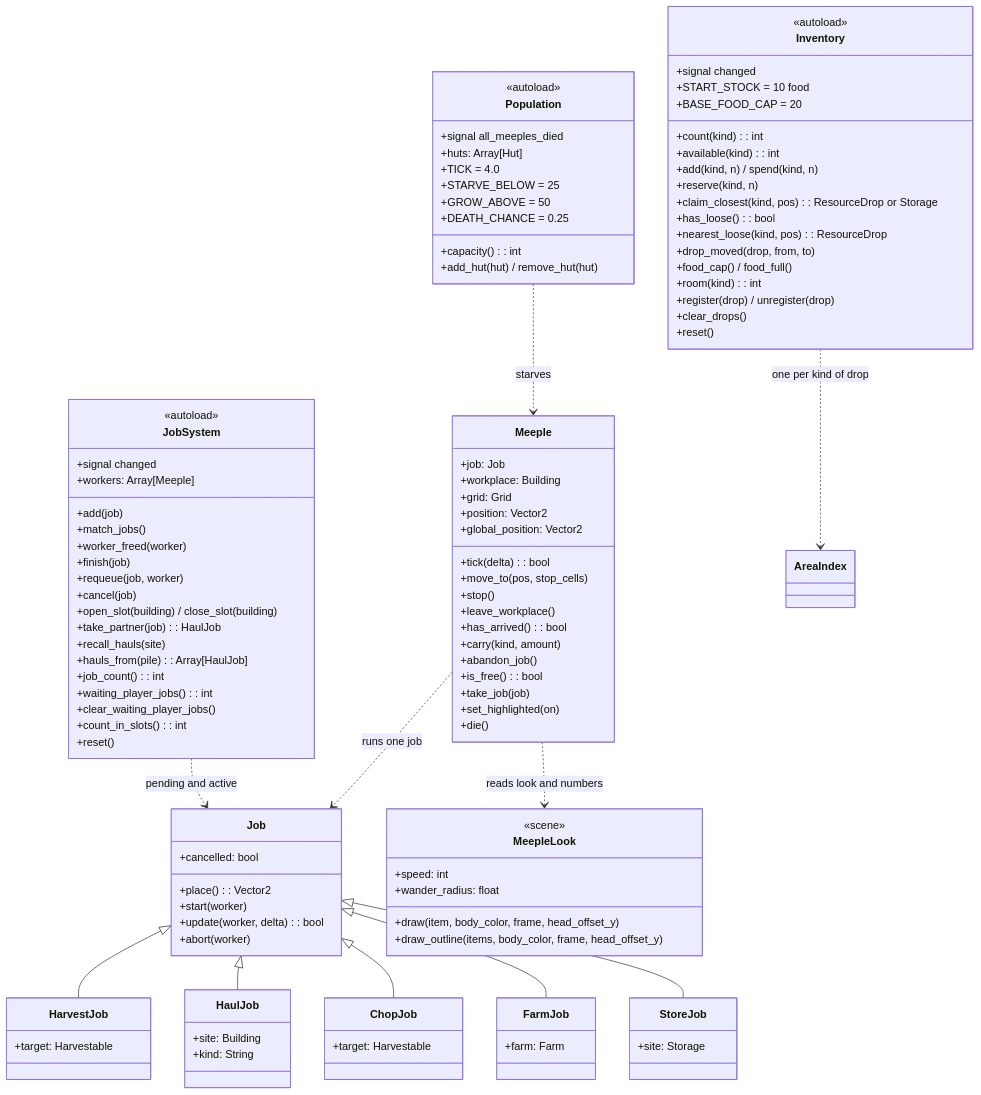
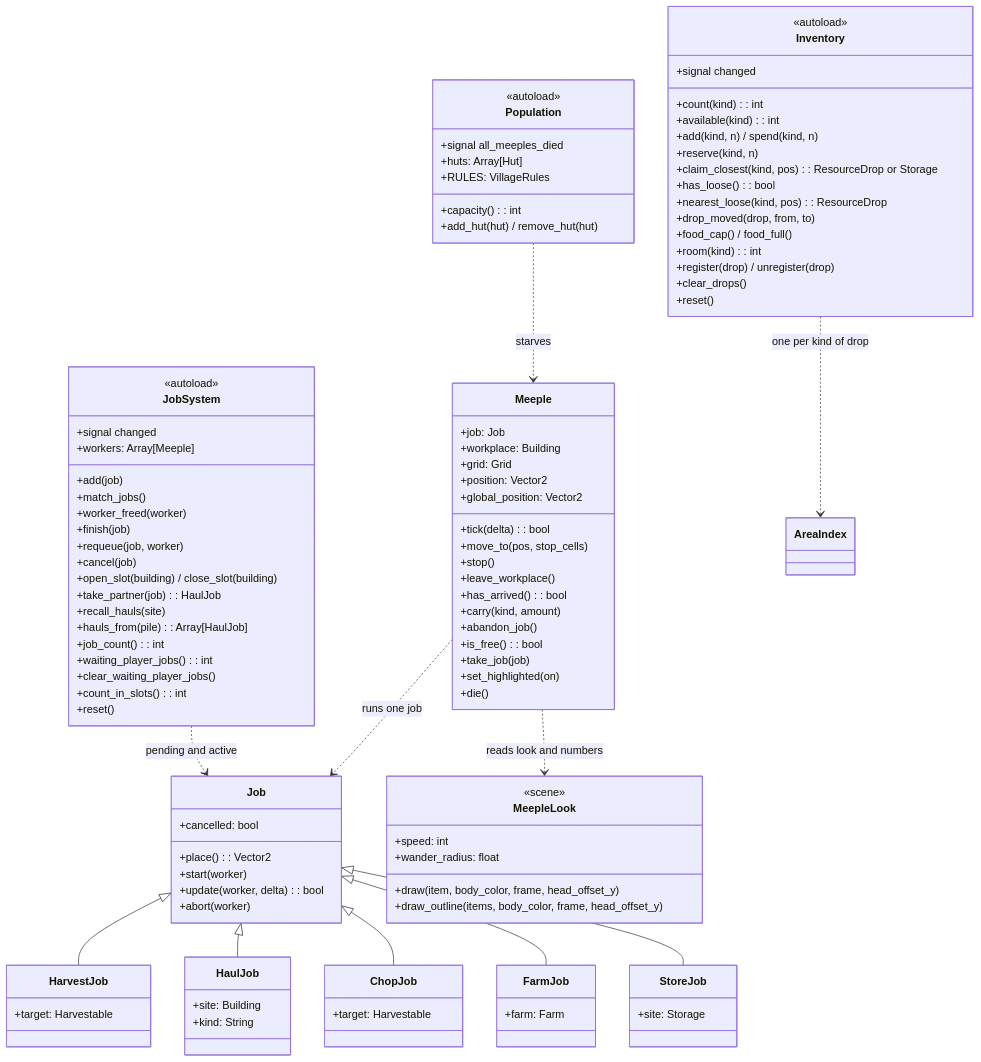
The tenth of 11 diagrams in docs/architecture.md (Liam-M-Mays/game-jam-2026), drawn with Mermaid before and after one commit. The commit also changed other lines of this file and 9 other files, not shown here.

```diff
--- a/docs/architecture.md
+++ b/docs/architecture.md
@@ -667,18 +668,13 @@
         <<autoload>>
         +signal all_meeples_died
         +huts: Array[Hut]
-        +TICK = 4.0
-        +STARVE_BELOW = 25
-        +GROW_ABOVE = 50
-        +DEATH_CHANCE = 0.25
+        +RULES: VillageRules
         +capacity(): int
         +add_hut(hut) / remove_hut(hut)
     }
     class Inventory {
         <<autoload>>
         +signal changed
-        +START_STOCK = 10 food
-        +BASE_FOOD_CAP = 20
         +count(kind): int
         +available(kind): int
         +add(kind, n) / spend(kind, n)
```
